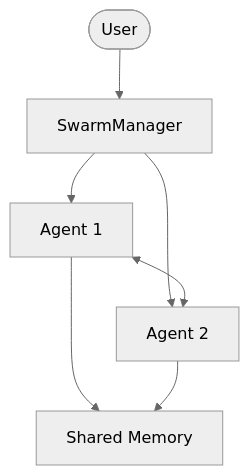
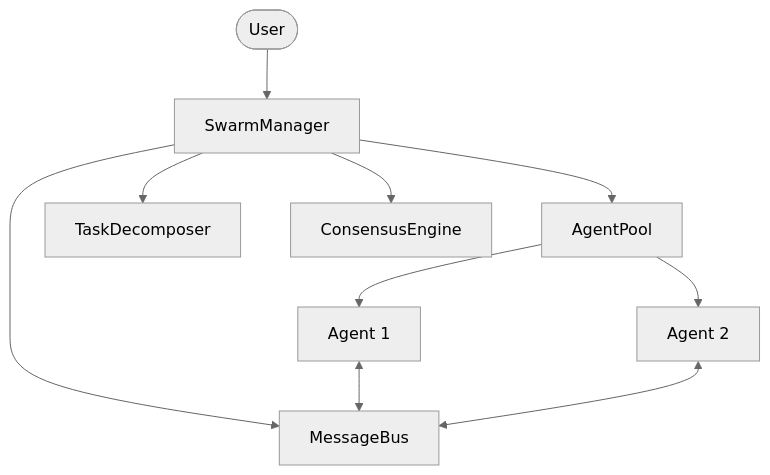
Before and after one commit to docxology/codomyrmex: the diagram in src/codomyrmex/collaboration/SPEC.md, drawn with Mermaid (neutral theme). The commit also changed other lines of this file and 402 other files, not shown here.

````diff
--- a/src/codomyrmex/collaboration/SPEC.md
+++ b/src/codomyrmex/collaboration/SPEC.md
@@ -18,9 +18,14 @@
 ```mermaid
 graph TD
     User([User]) --> SM[SwarmManager]
-    SM --> A1[Agent 1]
-    SM --> A2[Agent 2]
-    A1 <--> A2
-    A1 --> SMH[Shared Memory]
-    A2 --> SMH
+    SM --> Pool[AgentPool]
+    SM --> Bus[MessageBus]
+    SM --> Decomp[TaskDecomposer]
+    SM --> Cons[ConsensusEngine]
+    
+    Pool --> A1[Agent 1]
+    Pool --> A2[Agent 2]
+    
+    A1 <--> Bus
+    A2 <--> Bus
 ```
````
